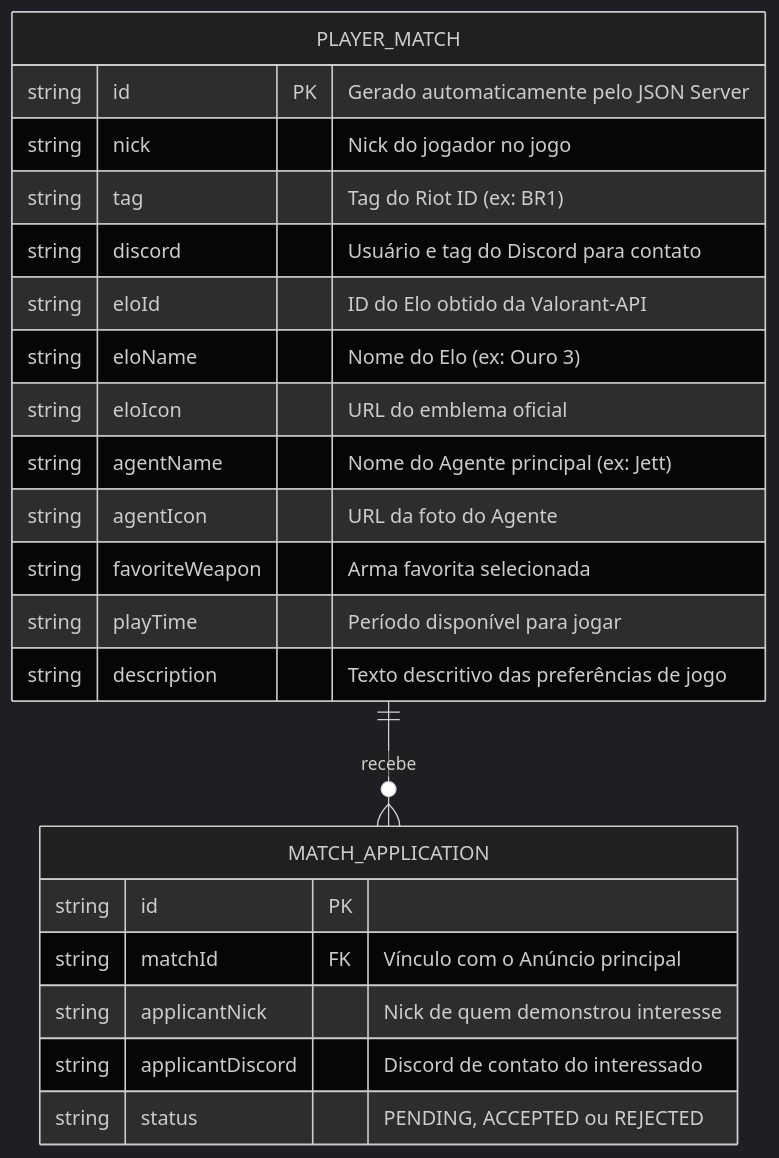
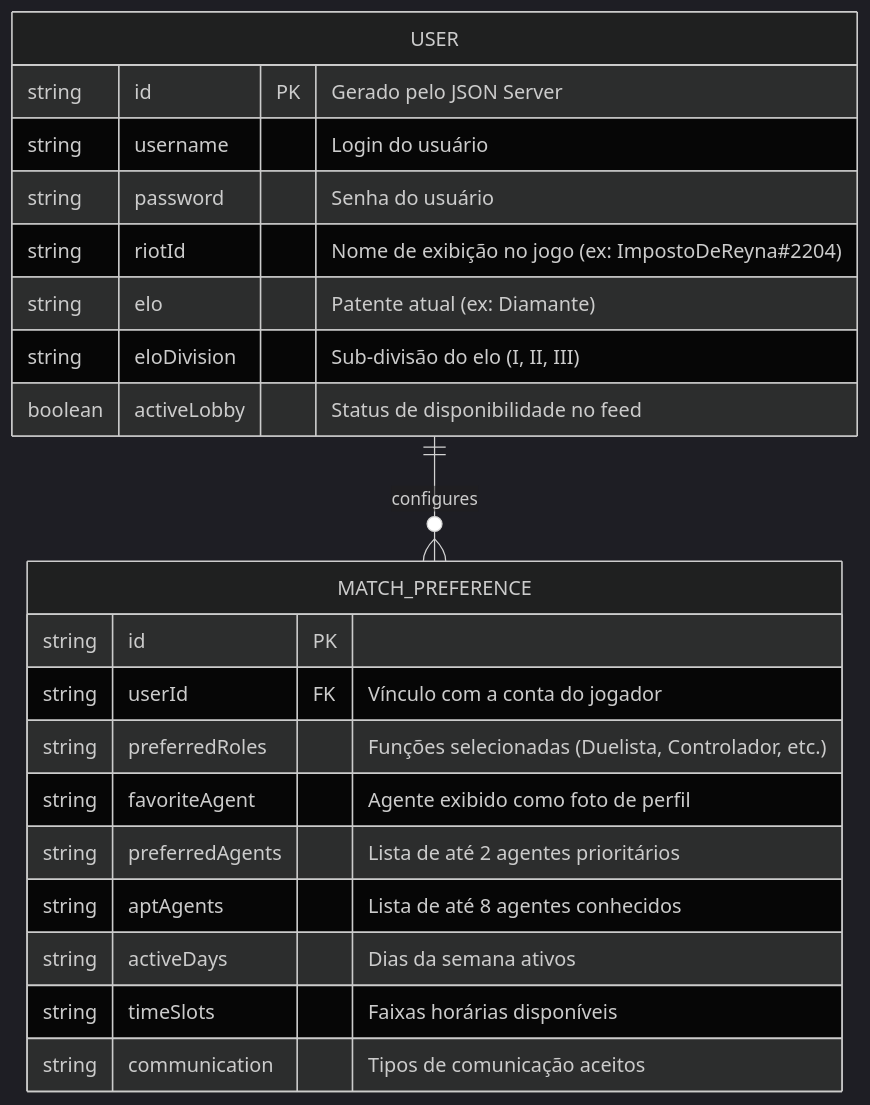
The diagram in docs/architecture.md (luiz-ansiliero/my-match-mates), drawn with Mermaid (dark theme) before and after one commit. The commit also changed other lines of this file and 2 other files, not shown here.

Commit message:
Edição do Prd, architecture e README para ater às requisições das atividades 4 e 5.

````diff
--- a/docs/architecture.md
+++ b/docs/architecture.md
@@ -9,25 +16,26 @@
 ```mermaid
 erDiagram
-    PLAYER_MATCH ||--o{ MATCH_APPLICATION : "recebe"
-    PLAYER_MATCH {
-        string id PK "Gerado automaticamente pelo JSON Server"
-        string nick "Nick do jogador no jogo"
-        string tag "Tag do Riot ID (ex: BR1)"
-        string discord "Usuário e tag do Discord para contato"
-        string eloId "ID do Elo obtido da Valorant-API"
-        string eloName "Nome do Elo (ex: Ouro 3)"
-        string eloIcon "URL do emblema oficial"
-        string agentName "Nome do Agente principal (ex: Jett)"
-        string agentIcon "URL da foto do Agente"
-        string favoriteWeapon "Arma favorita selecionada"
-        string playTime "Período disponível para jogar"
-        string description "Texto descritivo das preferências de jogo"
+    USER ||--o{ MATCH_PREFERENCE : configures
+    USER {
+        string id PK "Gerado pelo JSON Server"
+        string username "Login do usuário"
+        string password "Senha do usuário"
+        string riotId "Nome de exibição no jogo (ex: ImpostoDeReyna#2204)"
+        string elo "Patente atual (ex: Diamante)"
+        string eloDivision "Sub-divisão do elo (I, II, III)"
+        boolean activeLobby "Status de disponibilidade no feed"
     }
-    MATCH_APPLICATION {
+
+    MATCH_PREFERENCE {
         string id PK
-        string matchId FK "Vínculo com o Anúncio principal"
-        string applicantNick "Nick de quem demonstrou interesse"
-        string applicantDiscord "Discord de contato do interessado"
-        string status "PENDING, ACCEPTED ou REJECTED"
+        string userId FK "Vínculo com a conta do jogador"
+        string preferredRoles "Funções selecionadas (Duelista, Controlador, etc.)"
+        string favoriteAgent "Agente exibido como foto de perfil"
+        string preferredAgents "Lista de até 2 agentes prioritários"
+        string aptAgents "Lista de até 8 agentes conhecidos"
+        string activeDays "Dias da semana ativos"
+        string timeSlots "Faixas horárias disponíveis"
+        string communication "Tipos de comunicação aceitos"
     }
+
 ```
````
